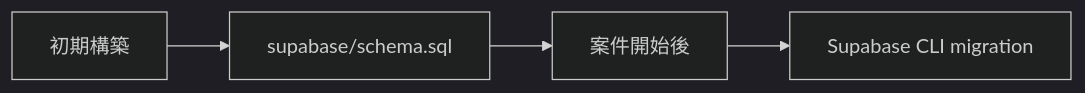
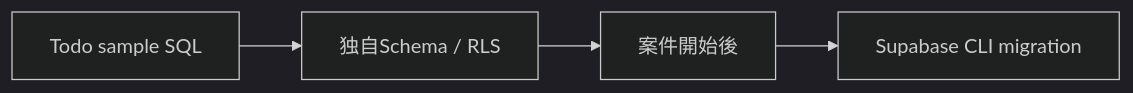
Before and after one commit to k-systems202208/nextjs-supabase-vercel-webapp-template: the third of 4 diagrams in docs/DEVELOPMENT.md, drawn with Mermaid (dark theme). The commit also changed other lines of this file and 15 other files, not shown here.

````diff
--- a/docs/DEVELOPMENT.md
+++ b/docs/DEVELOPMENT.md
@@ -47,6 +62,6 @@
 ```mermaid
 flowchart LR
-    A["初期構築"] --> B["supabase/schema.sql"]
+    A["Todo sample SQL"] --> B["独自Schema / RLS"]
     B --> C["案件開始後"]
     C --> D["Supabase CLI migration"]
 ```
````
